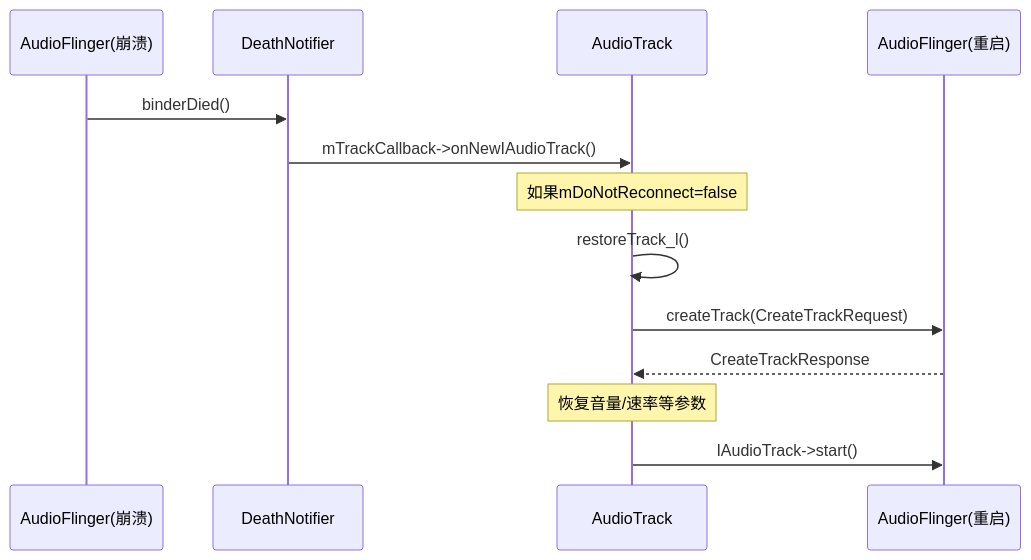
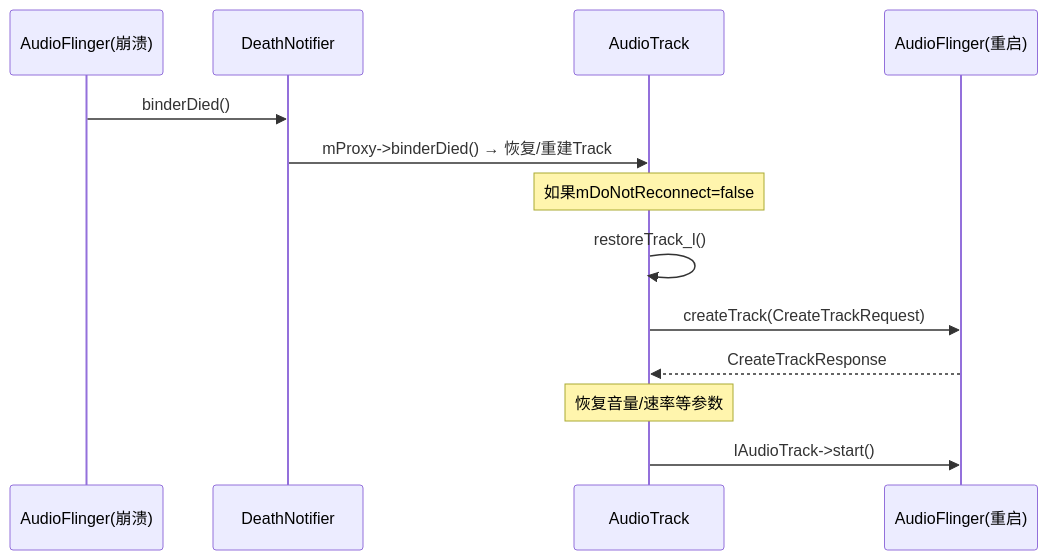
Before and after one commit to yanglinzhen1022/SA8295_AAOS_QNX_Audio_KnowledgeBase: the fourth of 5 diagrams in 04_Native_Framework_Layer/04_4.3_Binder_IPC机制.md, drawn with Mermaid. The commit also changed other lines of this file and 5 other files, not shown here.

````diff
--- a/04_Native_Framework_Layer/04_4.3_Binder_IPC机制.md
+++ b/04_Native_Framework_Layer/04_4.3_Binder_IPC机制.md
@@ -355,16 +355,16 @@
 ```mermaid
 sequenceDiagram
     participant AF as AudioFlinger(崩溃)
     participant DN as DeathNotifier
     participant AT as AudioTrack
     participant AF2 as AudioFlinger(重启)
 
     AF->>DN: binderDied()
-    DN->>AT: mTrackCallback->onNewIAudioTrack()
+    DN->>AT: mProxy->binderDied() → 恢复/重建Track
     Note over AT: 如果mDoNotReconnect=false
     AT->>AT: restoreTrack_l()
     AT->>AF2: createTrack(CreateTrackRequest)
     AF2-->>AT: CreateTrackResponse
     Note over AT: 恢复音量/速率等参数
     AT->>AF2: IAudioTrack->start()
 ```
````
